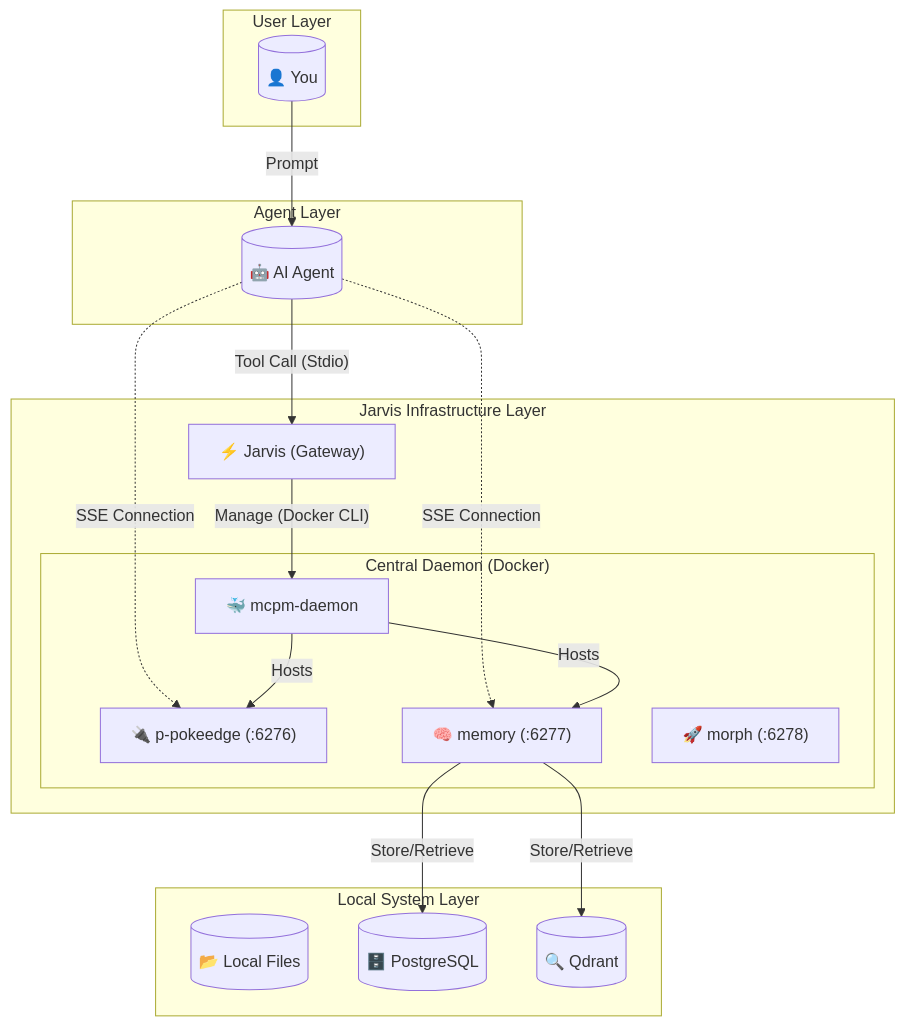
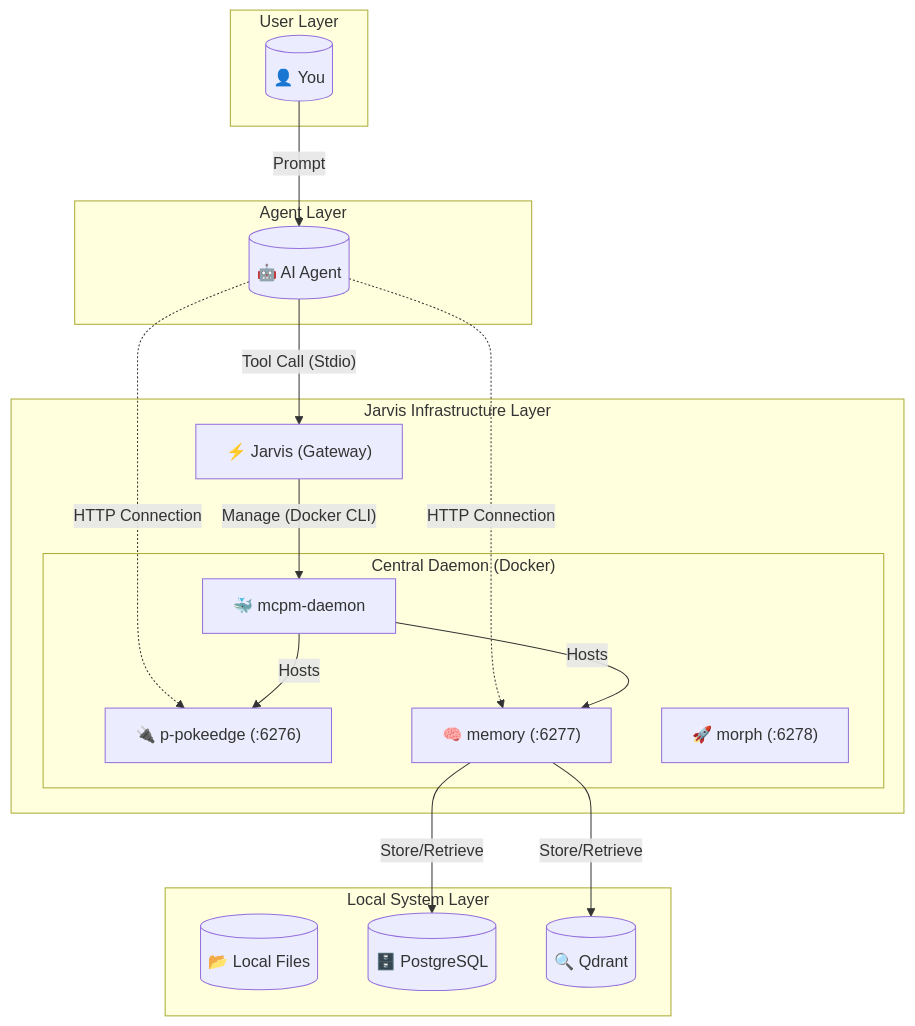
The diagram in README.md (JRedeker/Jarvis-mcpm), drawn with Mermaid before and after one commit. The commit also changed other lines of this file and 14 other files, not shown here.

````diff
--- a/README.md
+++ b/README.md
@@ -168,39 +168,39 @@
 ```mermaid
 flowchart TD
     subgraph "User Layer"
         User[("👤 You")]
     end
 
     subgraph "Agent Layer"
         Agent[("🤖 AI Agent")]
     end
 
     subgraph "Jarvis Infrastructure Layer"
         Jarvis["⚡ Jarvis (Gateway)"]
 
         subgraph "Central Daemon (Docker)"
             Daemon["🐳 mcpm-daemon"]
             Profile1["🔌 p-pokeedge (:6276)"]
             Profile2["🧠 memory (:6277)"]
             Profile3["🚀 morph (:6278)"]
         end
     end
 
     subgraph "Local System Layer"
         Codebase[("📂 Local Files")]
         DB[("🗄️ PostgreSQL")]
         Vector[("🔍 Qdrant")]
     end
 
     User -->|Prompt| Agent
     Agent -->|"Tool Call (Stdio)"| Jarvis
-    Agent -.->|"SSE Connection"| Profile1
-    Agent -.->|"SSE Connection"| Profile2
+    Agent -.->|"HTTP Connection"| Profile1
+    Agent -.->|"HTTP Connection"| Profile2
 
     Jarvis -->|"Manage (Docker CLI)"| Daemon
     Daemon -->|Hosts| Profile1
     Daemon -->|Hosts| Profile2
 
     Profile2 -->|Store/Retrieve| DB
     Profile2 -->|Store/Retrieve| Vector
 ```
````
